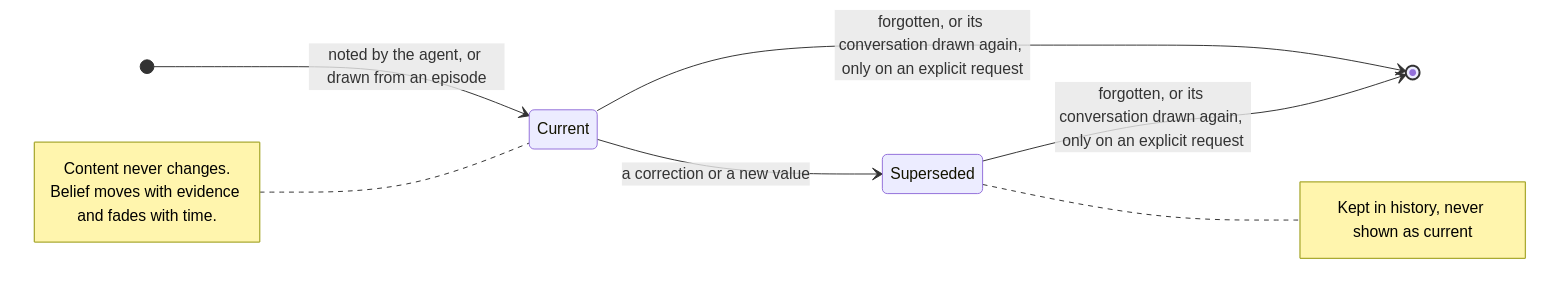
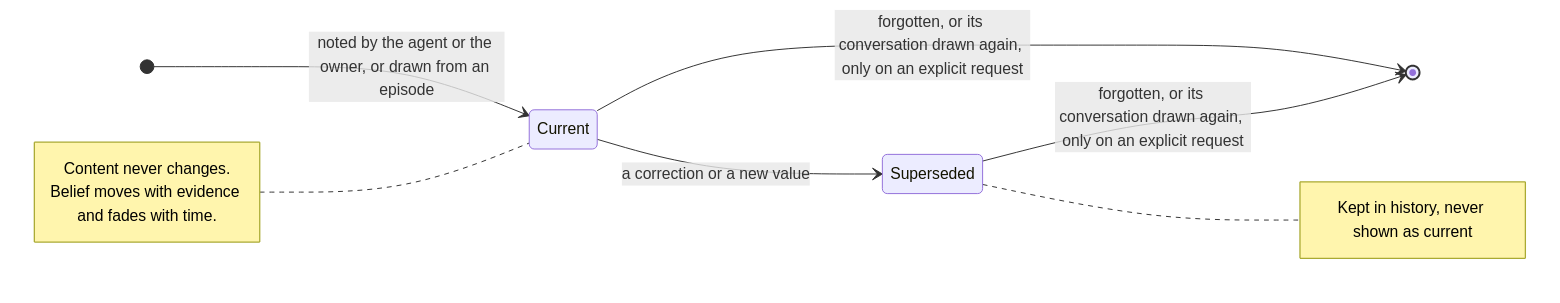
One commit to willregelmann/tapestry changed the diagram in docs/primitives/MEMORY.md. Above: the diagram before and after it, drawn with Mermaid. The commit also changed other lines of this file and 9 other files, not shown here.

````diff
--- a/docs/primitives/MEMORY.md
+++ b/docs/primitives/MEMORY.md
@@ -9,15 +9,15 @@
 ```mermaid
 stateDiagram-v2
     direction LR
-    [*] --> Current : noted by the agent, or drawn from an episode
+    [*] --> Current : noted by the agent or the owner, or drawn from an episode
     Current --> Superseded : a correction or a new value
     Current --> [*] : forgotten, or its conversation drawn again, only on an explicit request
     Superseded --> [*] : forgotten, or its conversation drawn again, only on an explicit request
     note left of Current
         Content never changes.
         Belief moves with evidence and fades with time.
     end note
     note right of Superseded
         Kept in history, never shown as current
     end note
 ```
````
